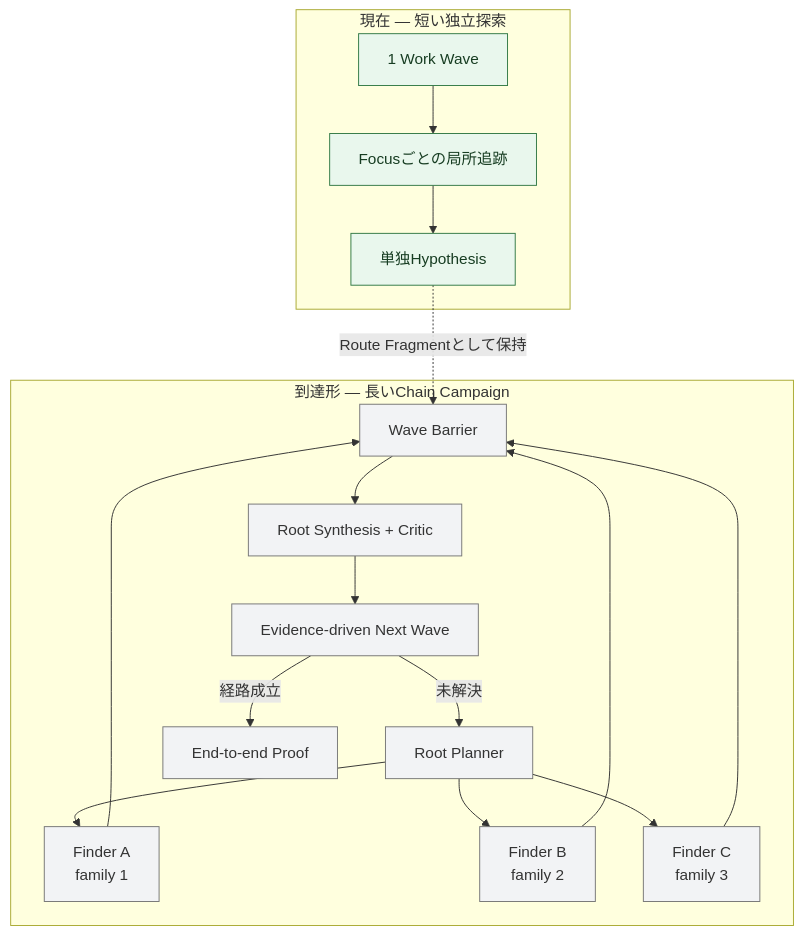
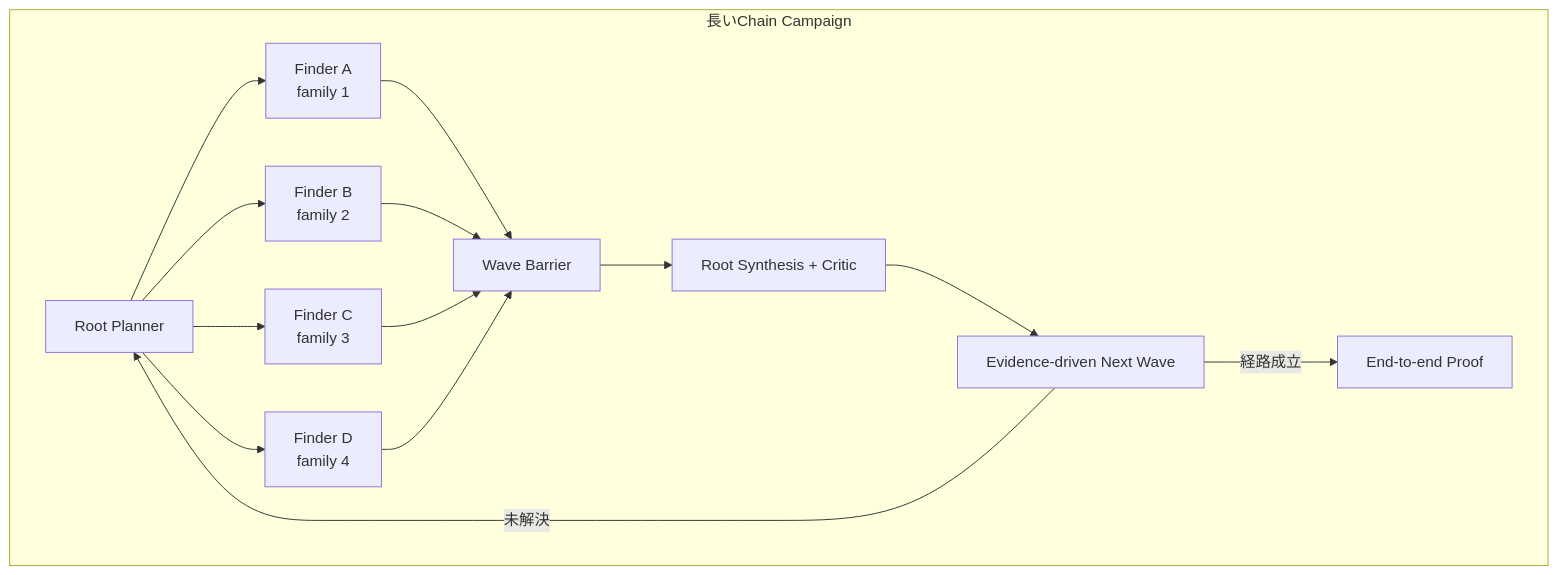
Before and after one commit to momoponwork1415-lgtm/wordpress-harness: the third of 4 diagrams in docs/design/architecture/breadth-depth-research-loop.md, drawn with Mermaid. The commit also changed other lines of this file and 15 other files, not shown here.

````diff
--- a/docs/design/architecture/breadth-depth-research-loop.md
+++ b/docs/design/architecture/breadth-depth-research-loop.md
@@ -64,35 +64,23 @@
 ```mermaid
 flowchart TB
-    subgraph current["現在 — 短い独立探索"]
-        wave["1 Work Wave"]
-        local["Focusごとの局所追跡"]
-        hypothesis["単独Hypothesis"]
-        wave --> local --> hypothesis
-    end
-
-    subgraph target["到達形 — 長いChain Campaign"]
+    subgraph target["長いChain Campaign"]
         planner["Root Planner"]
         finder1["Finder A<br/>family 1"]
         finder2["Finder B<br/>family 2"]
         finder3["Finder C<br/>family 3"]
+        finder4["Finder D<br/>family 4"]
         barrier["Wave Barrier"]
         chain["Root Synthesis + Critic"]
         nextwave["Evidence-driven Next Wave"]
         proof["End-to-end Proof"]
 
         planner --> finder1 --> barrier
         planner --> finder2 --> barrier
         planner --> finder3 --> barrier
+        planner --> finder4 --> barrier
         barrier --> chain --> nextwave
         nextwave -->|"未解決"| planner
         nextwave -->|"経路成立"| proof
     end
 
-    hypothesis -. "Route Fragmentとして保持" .-> barrier
-
-    classDef done fill:#e9f7ed,stroke:#337a46,color:#173d22;
-    classDef partial fill:#fff5d6,stroke:#a87800,color:#3f2d00;
-    classDef planned fill:#f2f3f5,stroke:#777,color:#333;
-    class wave,local,hypothesis done;
-    class planner,finder1,finder2,finder3,barrier,chain,nextwave,proof planned;
 ```
````
